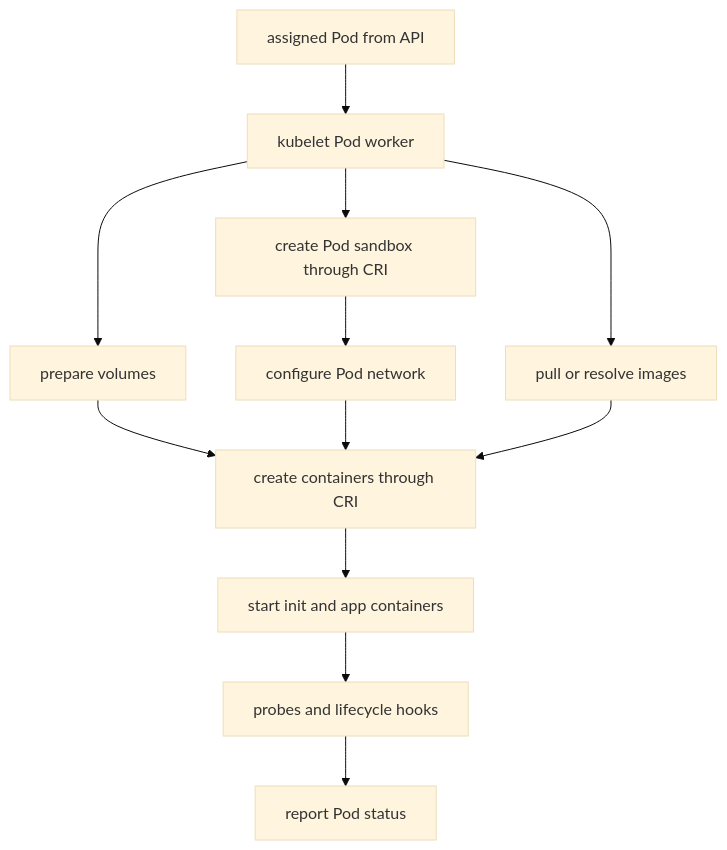
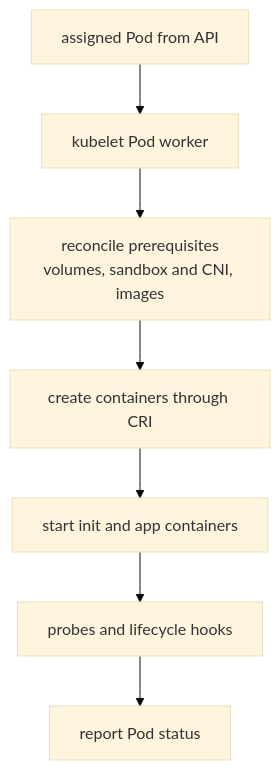
Before and after one commit to searge/deck: the diagram in core/k8s/pod_lifecycle.md, drawn with Mermaid (base theme). The commit also changed 27 other files, not shown here.

````diff
--- a/core/k8s/pod_lifecycle.md
+++ b/core/k8s/pod_lifecycle.md
@@ -29,14 +29,9 @@
 ```mermaid
 flowchart TD
     A[assigned Pod from API] --> K[kubelet Pod worker]
-    K --> V[prepare volumes]
-    K --> S[create Pod sandbox through CRI]
-    S --> N[configure Pod network]
-    K --> I[pull or resolve images]
-    V --> C[create containers through CRI]
-    N --> C
-    I --> C
+    K --> R["reconcile prerequisites<br/>volumes, sandbox and CNI, images"]
+    R --> C[create containers through CRI]
     C --> T[start init and app containers]
     T --> P[probes and lifecycle hooks]
     P --> ST[report Pod status]
 ```
````
